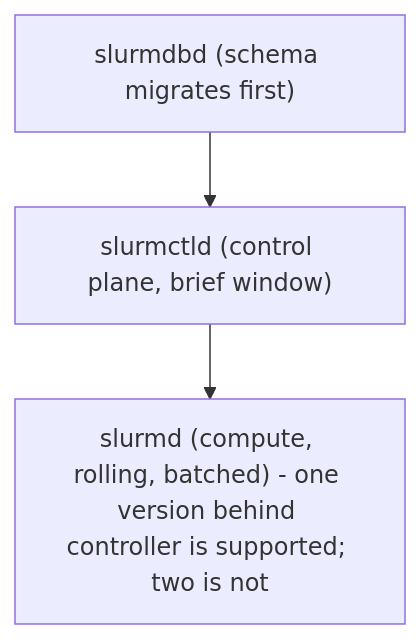
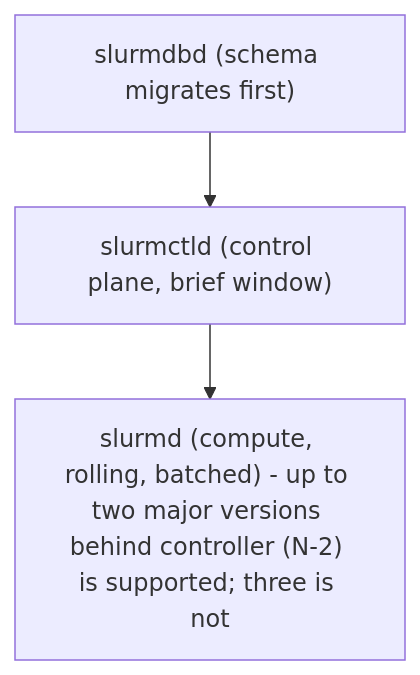
Before and after one commit to jithinpnjm/nvidia-devops: the third of 4 diagrams in docs/volume-10/06-slurm-administration-ha-accounting-and-upgrades.md, drawn with Mermaid. The commit also changed other lines of this file and 3 other files, not shown here.

````diff
--- a/docs/volume-10/06-slurm-administration-ha-accounting-and-upgrades.md
+++ b/docs/volume-10/06-slurm-administration-ha-accounting-and-upgrades.md
@@ -141,5 +141,5 @@
 ```mermaid
 flowchart TD
     A["slurmdbd (schema migrates first)"] --> B["slurmctld (control plane, brief window)"]
-    B --> C["slurmd (compute, rolling, batched) - one version behind controller is supported; two is not"]
+    B --> C["slurmd (compute, rolling, batched) - up to two major versions behind controller (N-2) is supported; three is not"]
 ```
````
